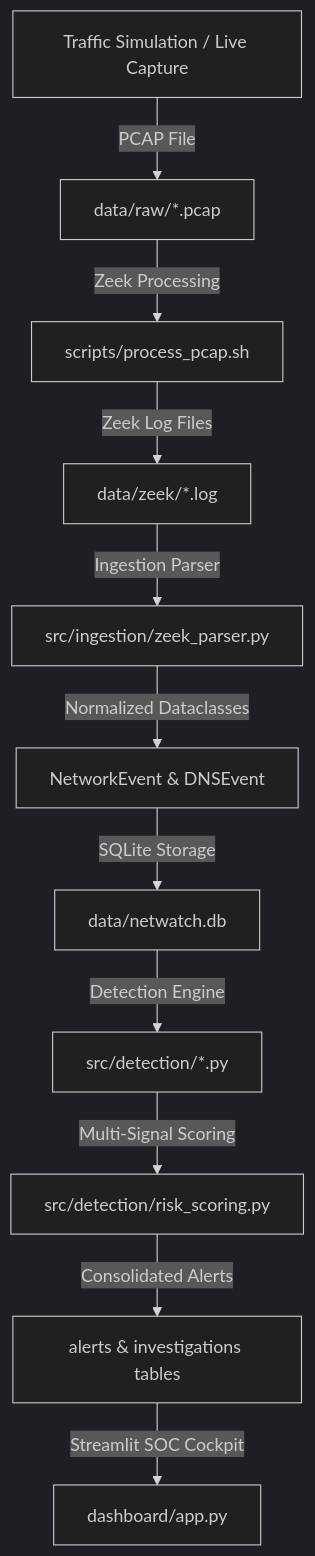
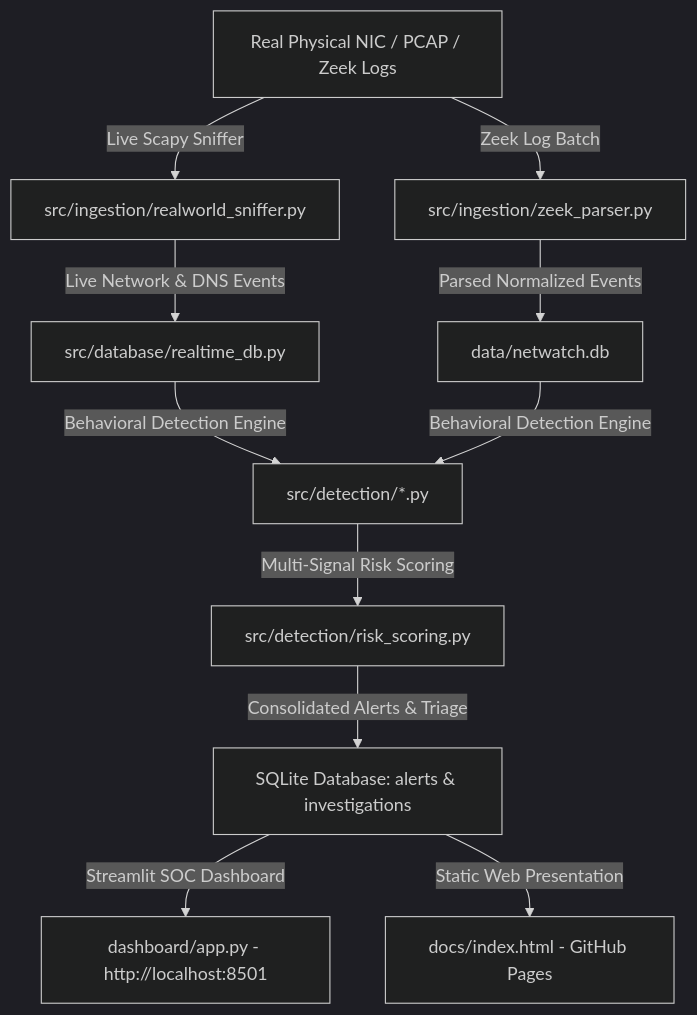
The diagram in README.md (noobkushal/C2), drawn with Mermaid (dark theme) before and after one commit. The commit also changed other lines of this file and 2 other files, not shown here.

Commit message:
Update README.md, docs/index.html, and index.html with complete setup guide, Npcap instructions, and architecture

````diff
--- a/README.md
+++ b/README.md
@@ -10,13 +55,12 @@
 ```mermaid
 graph TD
-    A[Traffic Simulation / Live Capture] -->|PCAP File| B[data/raw/*.pcap]
-    B -->|Zeek Processing| C[scripts/process_pcap.sh]
-    C -->|Zeek Log Files| D[data/zeek/*.log]
-    D -->|Ingestion Parser| E[src/ingestion/zeek_parser.py]
-    E -->|Normalized Dataclasses| F[NetworkEvent & DNSEvent]
-    F -->|SQLite Storage| G[data/netwatch.db]
-    G -->|Detection Engine| H[src/detection/*.py]
-    H -->|Multi-Signal Scoring| I[src/detection/risk_scoring.py]
-    I -->|Consolidated Alerts| J[alerts & investigations tables]
-    J -->|Streamlit SOC Cockpit| K[dashboard/app.py]
+    A[Real Physical NIC / PCAP / Zeek Logs] -->|Live Scapy Sniffer| B[src/ingestion/realworld_sniffer.py]
+    A -->|Zeek Log Batch| C[src/ingestion/zeek_parser.py]
+    B -->|Live Network & DNS Events| D[src/database/realtime_db.py]
+    C -->|Parsed Normalized Events| E[data/netwatch.db]
+    D & E -->|Behavioral Detection Engine| F[src/detection/*.py]
+    F -->|Multi-Signal Risk Scoring| G[src/detection/risk_scoring.py]
+    G -->|Consolidated Alerts & Triage| H[SQLite Database: alerts & investigations]
+    H -->|Streamlit SOC Dashboard| I[dashboard/app.py - http://localhost:8501]
+    H -->|Static Web Presentation| J[docs/index.html - GitHub Pages]
 ```
````
